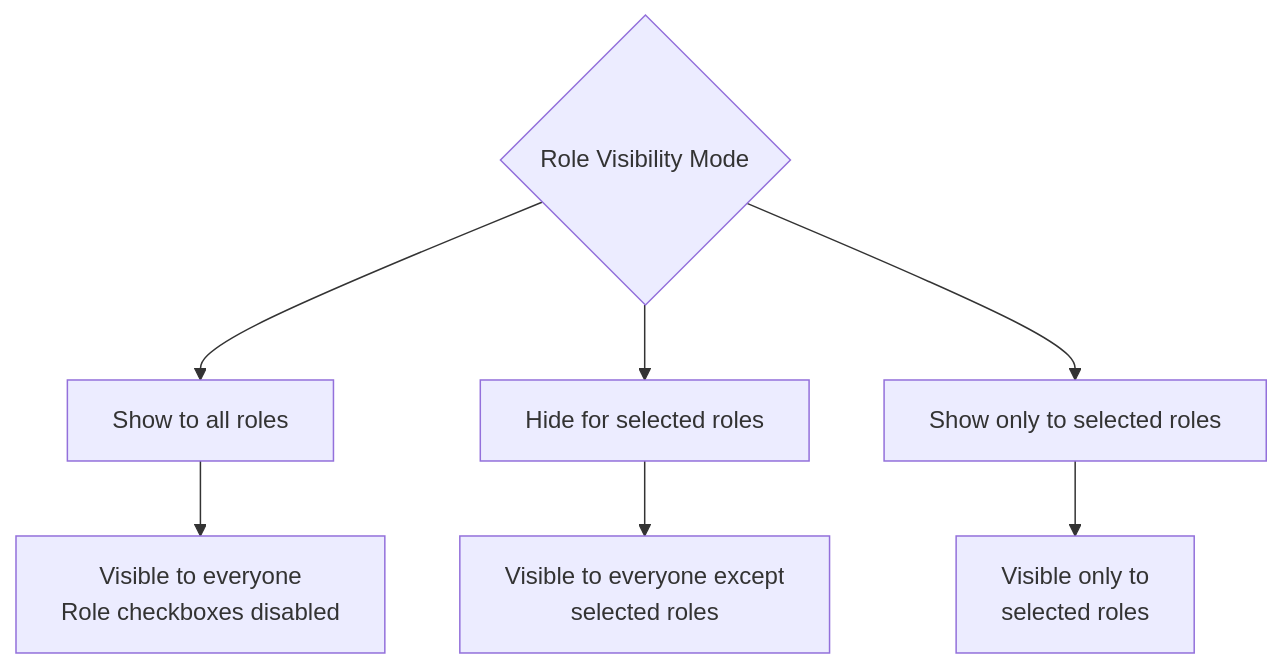
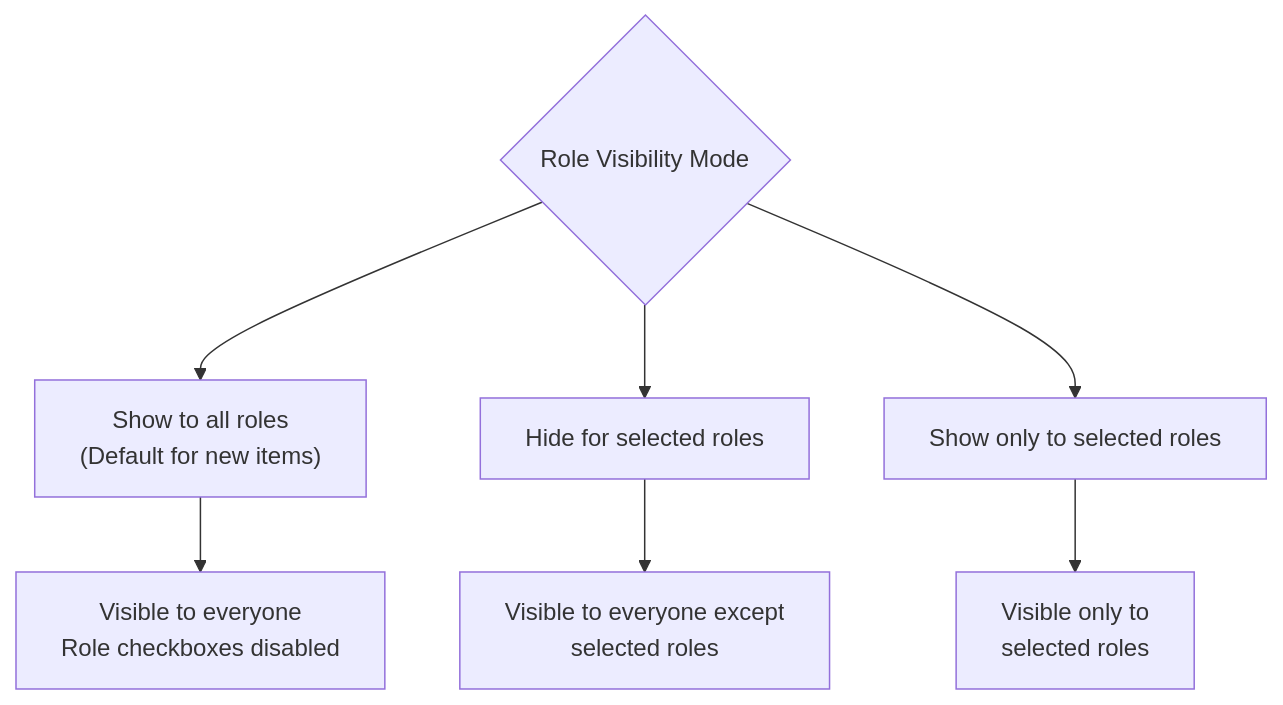
One commit to mahfuzurwp/hide-menu-items-by-role changed the fourth of 7 diagrams in .qoder/repowiki/en/content/Features Guide/Role-Based Menu Visibility.md. Above: the diagram before and after it, drawn with Mermaid. The commit also changed other lines of this file and 8 other files, not shown here.

````diff
--- a/.qoder/repowiki/en/content/Features Guide/Role-Based Menu Visibility.md
+++ b/.qoder/repowiki/en/content/Features Guide/Role-Based Menu Visibility.md
@@ -162,9 +169,9 @@
 ```mermaid
 flowchart TD
-Mode{"Role Visibility Mode"} --> All["Show to all roles"]
+Mode{"Role Visibility Mode"} --> All["Show to all roles<br/>(Default for new items)"]
 Mode --> Hide["Hide for selected roles"]
 Mode --> ShowOnly["Show only to selected roles"]
 All --> ResultAll["Visible to everyone<br/>Role checkboxes disabled"]
 Hide --> ResultHide["Visible to everyone except<br/>selected roles"]
 ShowOnly --> ResultShow["Visible only to<br/>selected roles"]
 ```
````
